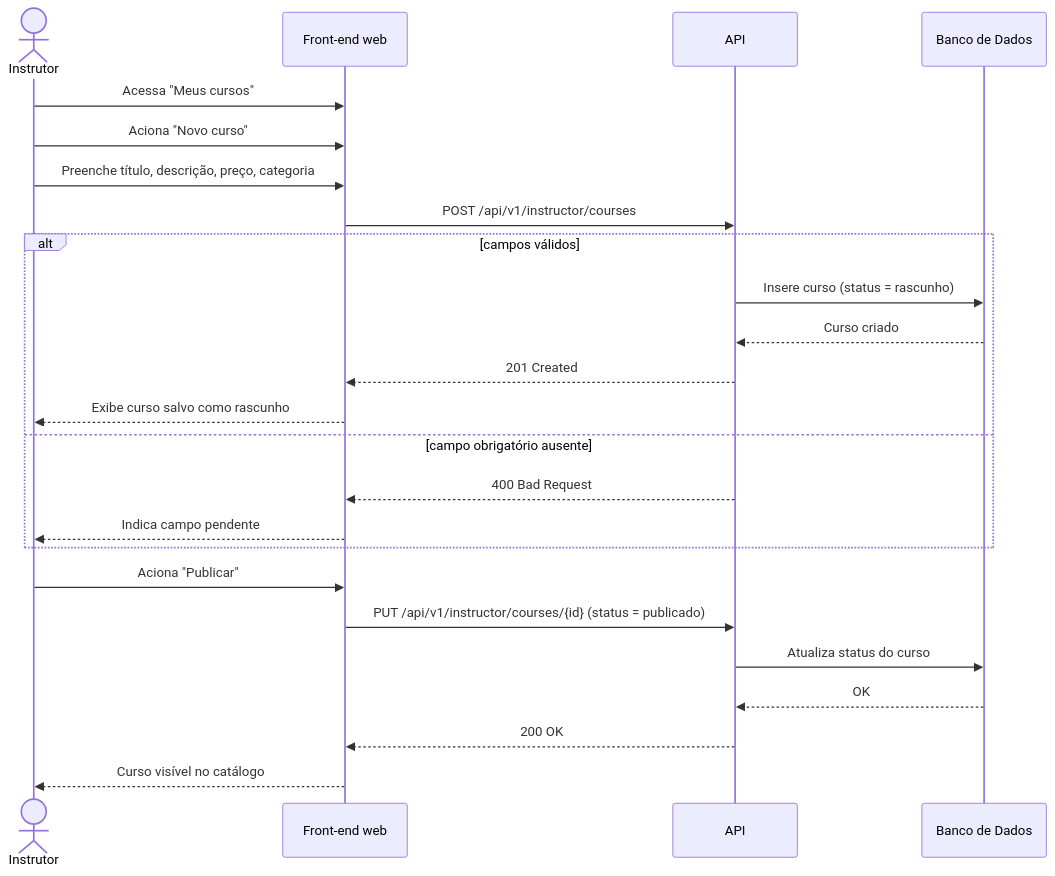
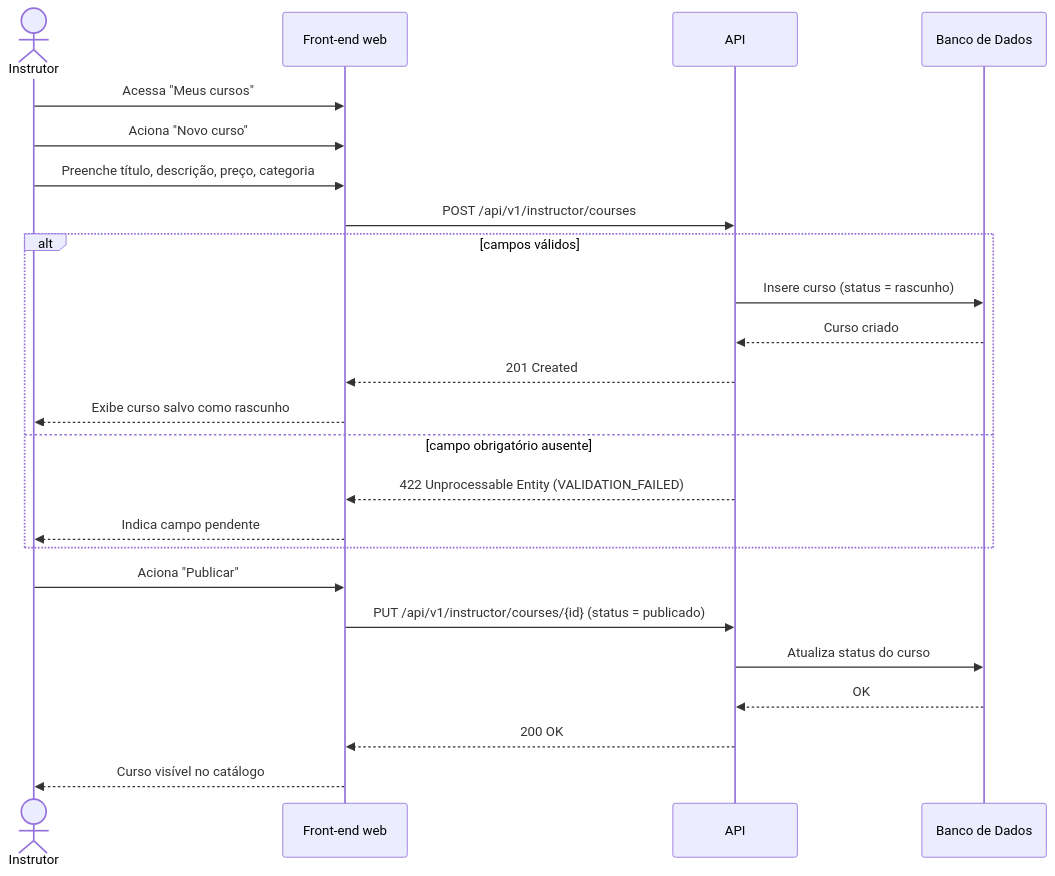
Before and after one commit to Plataforma-de-Cursos-TCC/plataforma-cursos-docs: the diagram in docs/ssd/UC006-cadastrar-curso.md, drawn with Mermaid. The commit also changed 25 other files, not shown here.

````diff
--- a/docs/ssd/UC006-cadastrar-curso.md
+++ b/docs/ssd/UC006-cadastrar-curso.md
@@ -5,28 +5,28 @@
 ```mermaid
 sequenceDiagram
     actor Instrutor
     participant FE as Front-end web
     participant API
     participant DB as Banco de Dados
 
     Instrutor->>FE: Acessa "Meus cursos"
     Instrutor->>FE: Aciona "Novo curso"
     Instrutor->>FE: Preenche título, descrição, preço, categoria
     FE->>API: POST /api/v1/instructor/courses
     alt campos válidos
         API->>DB: Insere curso (status = rascunho)
         DB-->>API: Curso criado
         API-->>FE: 201 Created
         FE-->>Instrutor: Exibe curso salvo como rascunho
     else campo obrigatório ausente
-        API-->>FE: 400 Bad Request
+        API-->>FE: 422 Unprocessable Entity (VALIDATION_FAILED)
         FE-->>Instrutor: Indica campo pendente
     end
 
     Instrutor->>FE: Aciona "Publicar"
     FE->>API: PUT /api/v1/instructor/courses/{id} (status = publicado)
     API->>DB: Atualiza status do curso
     DB-->>API: OK
     API-->>FE: 200 OK
     FE-->>Instrutor: Curso visível no catálogo
 ```
````
